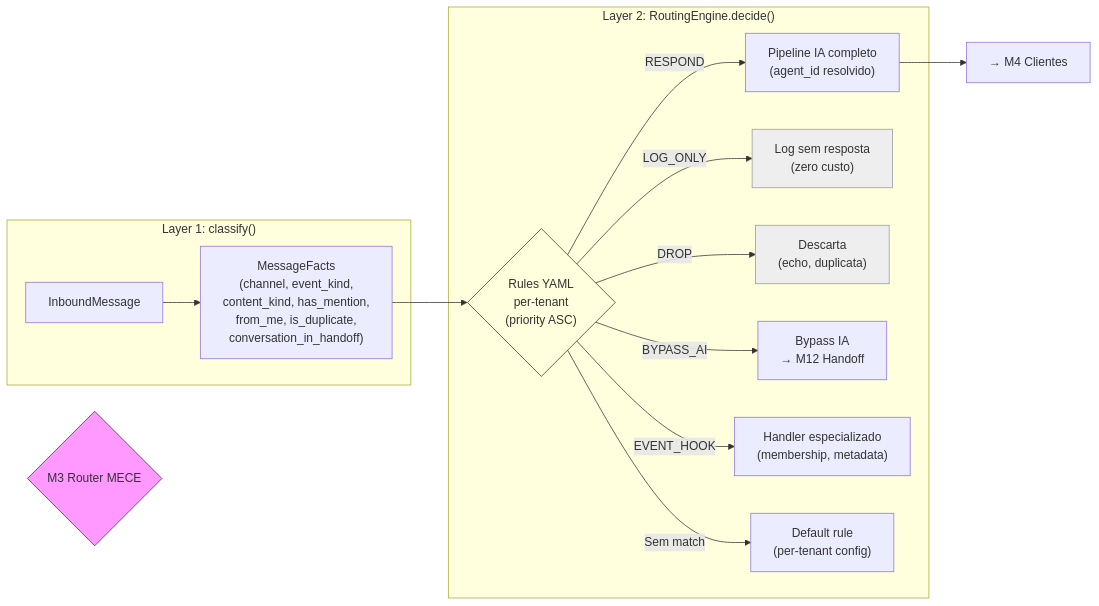
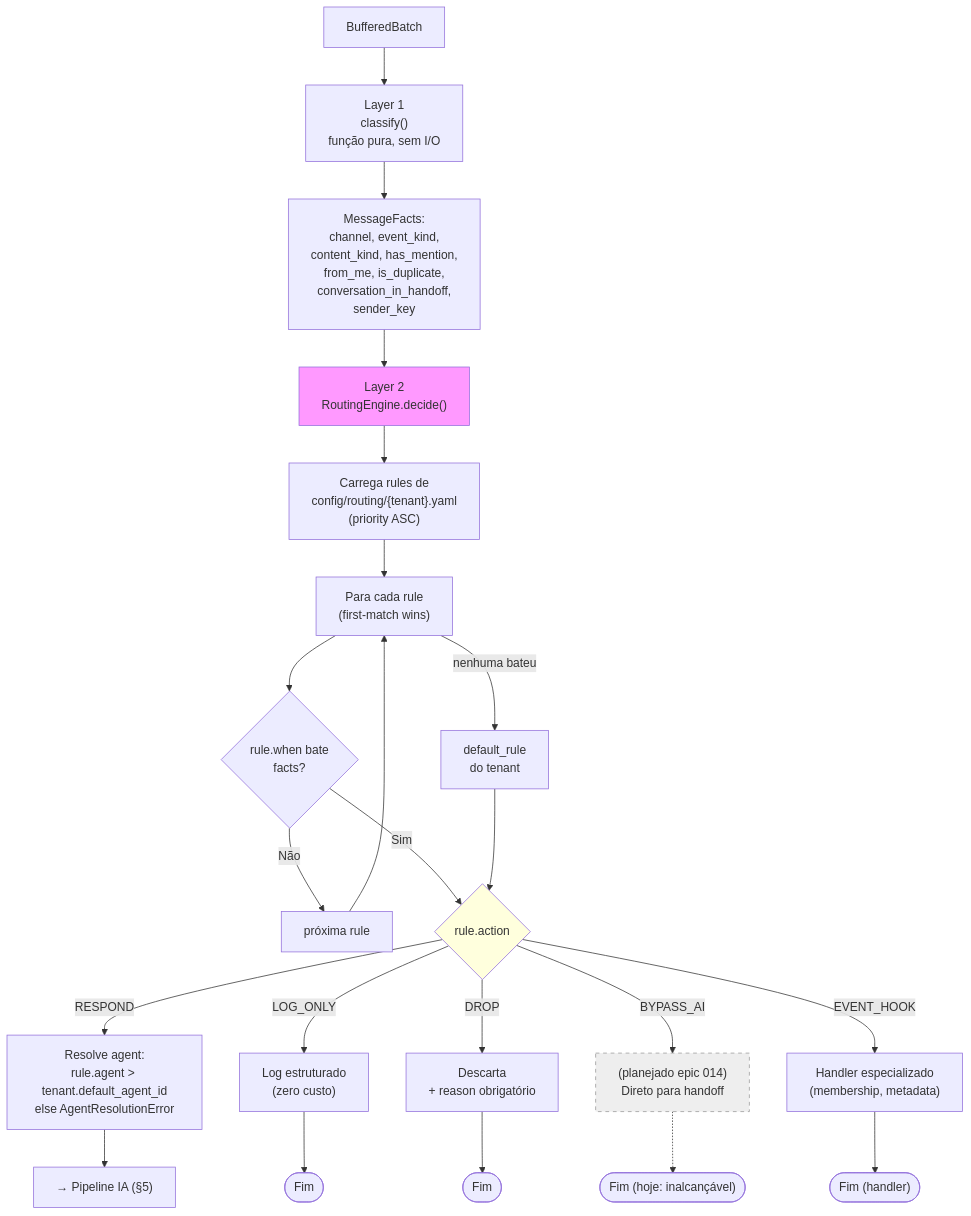
The eighth of 33 diagrams in platforms/prosauai/business/process.md (paceautomations/madruga.ai), drawn with Mermaid before and after one commit. The commit also changed other lines of this file and 1 other file, not shown here.

First line of the commit message:
docs(prosauai): process.md rewrite + epic 009 smoke evidence

````diff
--- a/platforms/prosauai/business/process.md
+++ b/platforms/prosauai/business/process.md
@@ -94,25 +380,30 @@
 ```mermaid
-flowchart LR
-    M3{"M3 Router MECE"}
+flowchart TD
+    BATCH["BufferedBatch"] --> CLASSIFY["Layer 1<br/>classify()<br/>função pura, sem I/O"]
+    CLASSIFY --> FACTS["MessageFacts:<br/>channel, event_kind,<br/>content_kind, has_mention,<br/>from_me, is_duplicate,<br/>conversation_in_handoff,<br/>sender_key"]
+    FACTS --> DECIDE["Layer 2<br/>RoutingEngine.decide()"]
+    DECIDE --> LOAD["Carrega rules de<br/>config/routing/{tenant}.yaml<br/>(priority ASC)"]
+    LOAD --> LOOP["Para cada rule<br/>(first-match wins)"]
+    LOOP --> MATCH{"rule.when bate<br/>facts?"}
+    MATCH -->|Não| NEXT["próxima rule"]
+    NEXT --> LOOP
+    MATCH -->|Sim| ACTION{"rule.action"}
+    LOOP -->|nenhuma bateu| DEFAULT["default_rule<br/>do tenant"]
+    DEFAULT --> ACTION
 
-    subgraph "Layer 1: classify()"
-        MSG["InboundMessage"] --> FACTS["MessageFacts<br/>(channel, event_kind,<br/>content_kind, has_mention,<br/>from_me, is_duplicate,<br/>conversation_in_handoff)"]
-    end
+    ACTION -->|RESPOND| RESP["Resolve agent:<br/>rule.agent > tenant.default_agent_id<br/>else AgentResolutionError"]
+    ACTION -->|LOG_ONLY| LOG["Log estruturado<br/>(zero custo)"]
+    ACTION -->|DROP| DROP["Descarta<br/>+ reason obrigatório"]
+    ACTION -->|BYPASS_AI| BYP["(planejado epic 014)<br/>Direto para handoff"]
+    ACTION -->|EVENT_HOOK| EH["Handler especializado<br/>(membership, metadata)"]
 
-    subgraph "Layer 2: RoutingEngine.decide()"
-        FACTS --> RULES{"Rules YAML<br/>per-tenant<br/>(priority ASC)"}
-        RULES -->|"RESPOND"| P1["Pipeline IA completo<br/>(agent_id resolvido)"]
-        RULES -->|"LOG_ONLY"| P3["Log sem resposta<br/>(zero custo)"]
-        RULES -->|"DROP"| P5["Descarta<br/>(echo, duplicata)"]
-        RULES -->|"BYPASS_AI"| P4["Bypass IA<br/>→ M12 Handoff"]
-        RULES -->|"EVENT_HOOK"| P6["Handler especializado<br/>(membership, metadata)"]
-        RULES -->|"Sem match"| DEF["Default rule<br/>(per-tenant config)"]
-    end
+    RESP --> PIPE["→ Pipeline IA (§5)"]
+    LOG --> END1(["Fim"])
+    DROP --> END2(["Fim"])
+    BYP -.-> END3(["Fim (hoje: inalcançável)"])
+    EH --> END4(["Fim (handler)"])
 
-    P1 --> M4["→ M4 Clientes"]
-
-    style M3 fill:#f9f,stroke:#333
-    style RULES fill:#ffd,stroke:#333
-    style P3 fill:#eee,stroke:#999
-    style P5 fill:#eee,stroke:#999
+    style DECIDE fill:#f9f
+    style ACTION fill:#ffd
+    style BYP fill:#eee,stroke:#999,stroke-dasharray: 5 5
 ```
````
